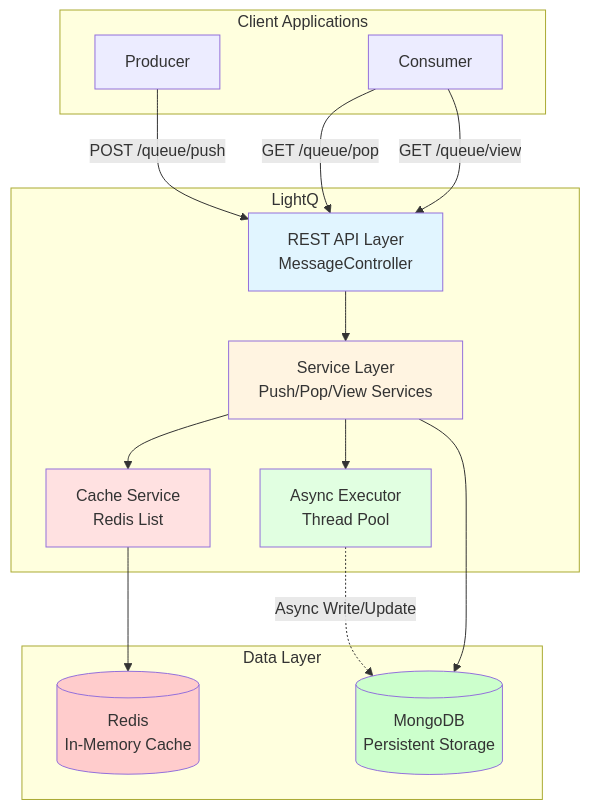
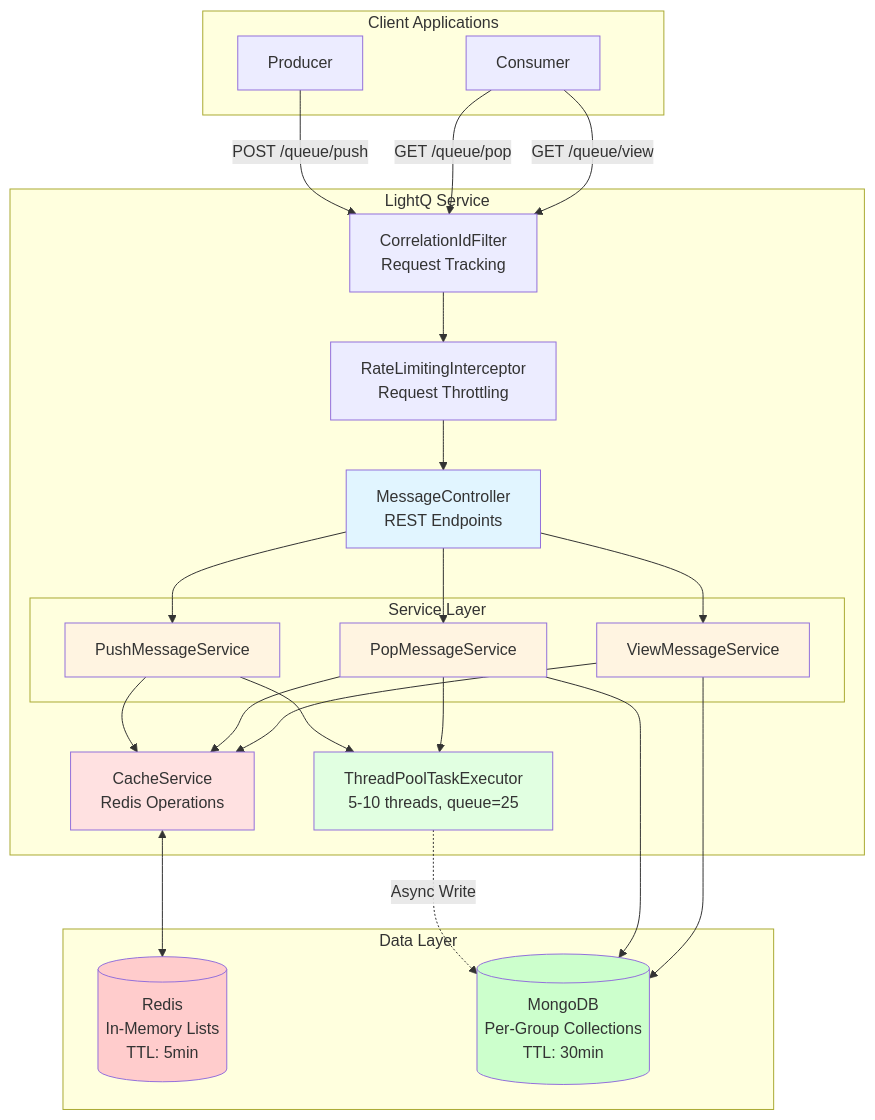
One commit to Alak-Das/LightQ changed the diagram in README.md. Above: the diagram before and after it, drawn with Mermaid. The commit also changed other lines of this file, not shown here.

````diff
--- a/README.md
+++ b/README.md
@@ -64,37 +79,57 @@
 ```mermaid
 graph TB
     subgraph "Client Applications"
         P[Producer]
         C[Consumer]
     end
 
-    subgraph "LightQ"
-        API[REST API Layer<br/>MessageController]
-        SVC[Service Layer<br/>Push/Pop/View Services]
-        CACHE[Cache Service<br/>Redis List]
-        ASYNC[Async Executor<br/>Thread Pool]
+    subgraph "LightQ Service"
+        F[CorrelationIdFilter<br/>Request Tracking]
+        RL[RateLimitingInterceptor<br/>Request Throttling]
+        API[MessageController<br/>REST Endpoints]
+        
+        subgraph "Service Layer"
+            PUSH[PushMessageService]
+            POP[PopMessageService]
+            VIEW[ViewMessageService]
+        end
+        
+        CACHE[CacheService<br/>Redis Operations]
+        ASYNC[ThreadPoolTaskExecutor<br/>5-10 threads, queue=25]
     end
 
     subgraph "Data Layer"
-        R[(Redis<br/>In-Memory Cache)]
-        M[(MongoDB<br/>Persistent Storage)]
+        R[(Redis<br/>In-Memory Lists<br/>TTL: 5min)]
+        M[(MongoDB<br/>Per-Group Collections<br/>TTL: 30min)]
     end
 
-    P -->|POST /queue/push| API
-    C -->|GET /queue/pop| API
-    C -->|GET /queue/view| API
-
-    API --> SVC
-    SVC --> CACHE
-    SVC --> ASYNC
-    ASYNC -.->|Async Write/Update| M
-    CACHE --> R
-    SVC --> M
+    P -->|POST /queue/push| F
+    C -->|GET /queue/pop| F
+    C -->|GET /queue/view| F
+    
+    F --> RL
+    RL --> API
+    API --> PUSH
+    API --> POP
+    API --> VIEW
+    
+    PUSH --> CACHE
+    PUSH --> ASYNC
+    POP --> CACHE
+    POP --> ASYNC
+    VIEW --> CACHE
+    
+    CACHE <--> R
+    ASYNC -.->|Async Write| M
+    POP --> M
+    VIEW --> M
 
     style API fill:#e1f5ff
-    style SVC fill:#fff4e1
+    style PUSH fill:#fff4e1
+    style POP fill:#fff4e1
+    style VIEW fill:#fff4e1
     style CACHE fill:#ffe1e1
     style ASYNC fill:#e1ffe1
     style R fill:#ffcccc
     style M fill:#ccffcc
 ```
````
